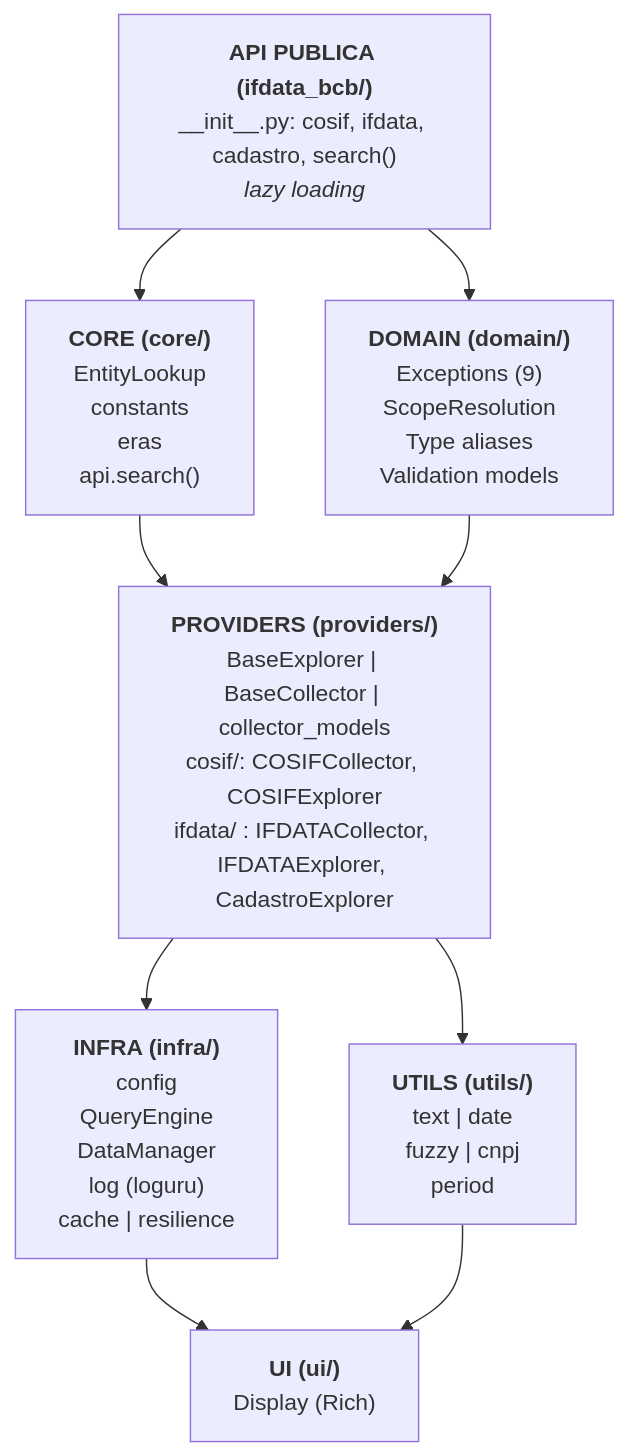
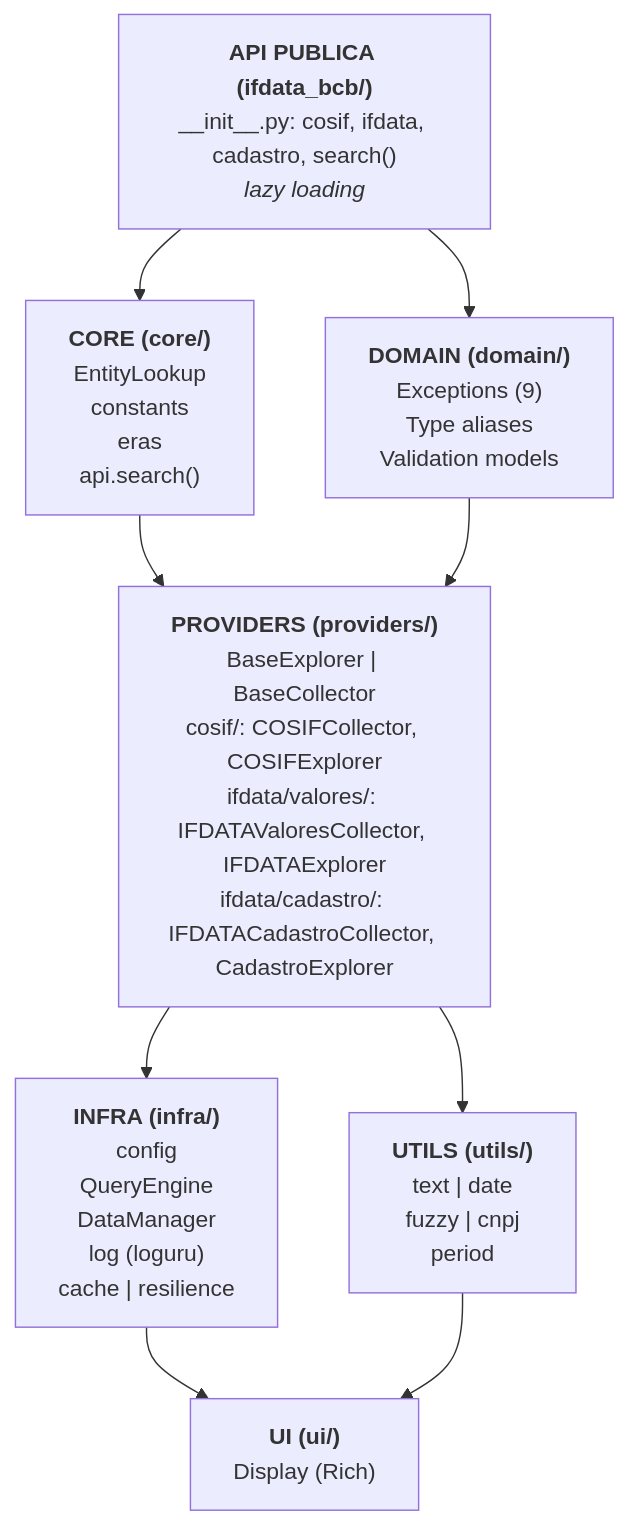
One commit to enzoomoreira/ifdata-bcb changed the first of 2 diagrams in docs/internals/architecture.md. Above: the diagram before and after it, drawn with Mermaid. The commit also changed other lines of this file and 50 other files, not shown here.

First line of the commit message:
refactor!: decompose IFDATA provider into cadastro/ and valores/ sub-packages

````diff
--- a/docs/internals/architecture.md
+++ b/docs/internals/architecture.md
@@ -7,15 +7,15 @@
 ```mermaid
 graph TD
     API["<b>API PUBLICA (ifdata_bcb/)</b><br/>__init__.py: cosif, ifdata, cadastro, search()<br/><i>lazy loading</i>"]
     CORE["<b>CORE (core/)</b><br/>EntityLookup<br/>constants<br/>eras<br/>api.search()"]
-    DOMAIN["<b>DOMAIN (domain/)</b><br/>Exceptions (9)<br/>ScopeResolution<br/>Type aliases<br/>Validation models"]
-    PROVIDERS["<b>PROVIDERS (providers/)</b><br/>BaseExplorer | BaseCollector | collector_models<br/>cosif/: COSIFCollector, COSIFExplorer<br/>ifdata/ : IFDATACollector, IFDATAExplorer, CadastroExplorer"]
+    DOMAIN["<b>DOMAIN (domain/)</b><br/>Exceptions (9)<br/>Type aliases<br/>Validation models"]
+    PROVIDERS["<b>PROVIDERS (providers/)</b><br/>BaseExplorer | BaseCollector<br/>cosif/: COSIFCollector, COSIFExplorer<br/>ifdata/valores/: IFDATAValoresCollector, IFDATAExplorer<br/>ifdata/cadastro/: IFDATACadastroCollector, CadastroExplorer"]
     INFRA["<b>INFRA (infra/)</b><br/>config<br/>QueryEngine<br/>DataManager<br/>log (loguru)<br/>cache | resilience"]
     UTILS["<b>UTILS (utils/)</b><br/>text | date<br/>fuzzy | cnpj<br/>period"]
     UI["<b>UI (ui/)</b><br/>Display (Rich)"]
 
     API --> CORE & DOMAIN
     CORE & DOMAIN --> PROVIDERS
     PROVIDERS --> INFRA & UTILS
     INFRA & UTILS --> UI
 ```
````
